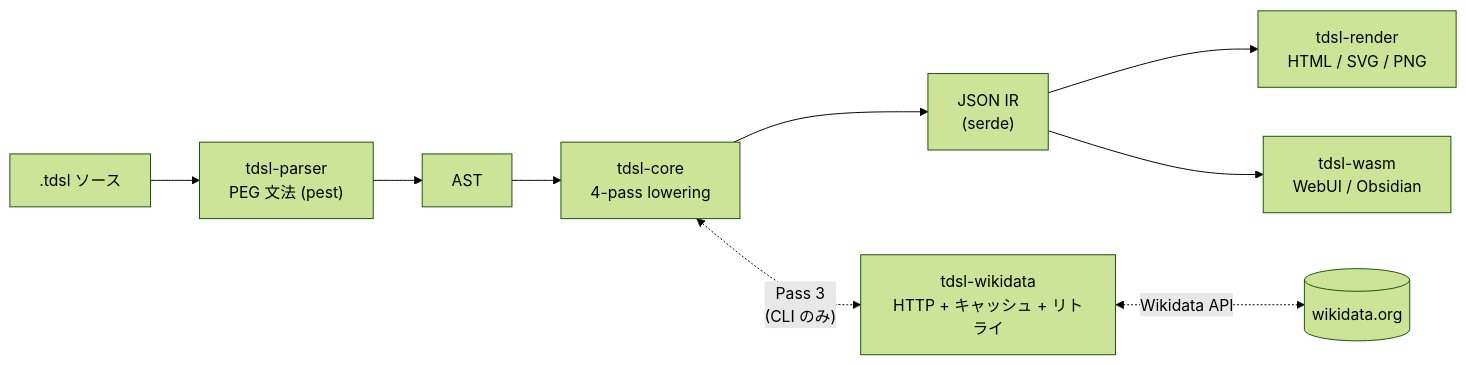
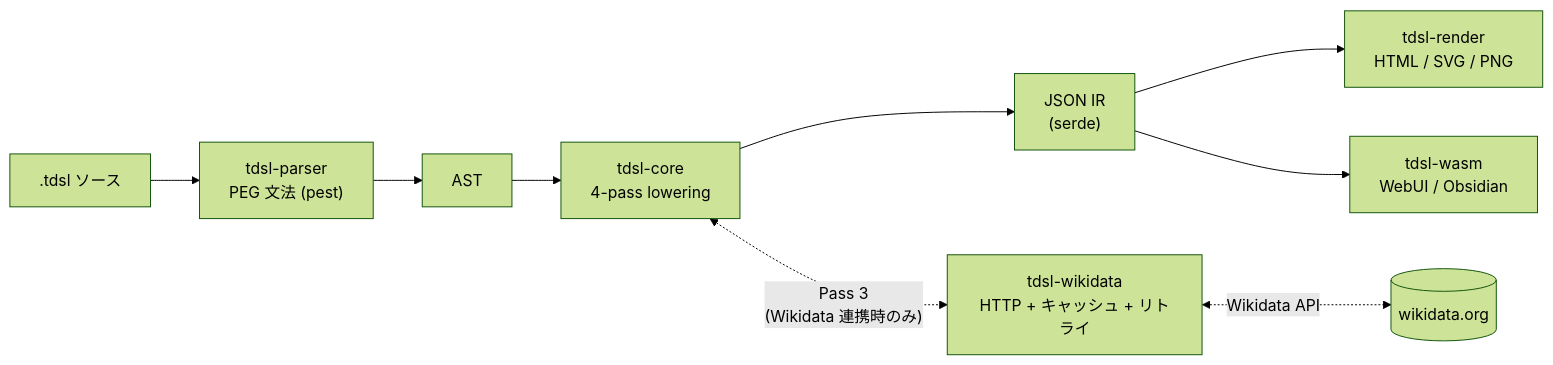
One commit to keroway/timeline-dsl changed the first of 2 diagrams in README.ja.md. Above: the diagram before and after it, drawn with Mermaid (forest theme). The commit also changed other lines of this file and 3 other files, not shown here.

First line of the commit message:
docs(architecture): 実装と矛盾していた offline / origin / Pass 3 注釈を修正

````diff
--- a/README.ja.md
+++ b/README.ja.md
@@ -417,11 +417,11 @@
 ```mermaid
 flowchart LR
     src[".tdsl ソース"] --> parser["tdsl-parser<br/>PEG 文法 (pest)"]
     parser --> ast["AST"]
     ast --> core["tdsl-core<br/>4-pass lowering"]
     core --> ir["JSON IR<br/>(serde)"]
     ir --> render["tdsl-render<br/>HTML / SVG / PNG"]
     ir --> wasm["tdsl-wasm<br/>WebUI / Obsidian"]
-    core <-. "Pass 3<br/>(CLI のみ)" .-> wikidata["tdsl-wikidata<br/>HTTP + キャッシュ + リトライ"]
+    core <-. "Pass 3<br/>(Wikidata 連携時のみ)" .-> wikidata["tdsl-wikidata<br/>HTTP + キャッシュ + リトライ"]
     wikidata <-. "Wikidata API" .-> wd[("wikidata.org")]
 ```
````
